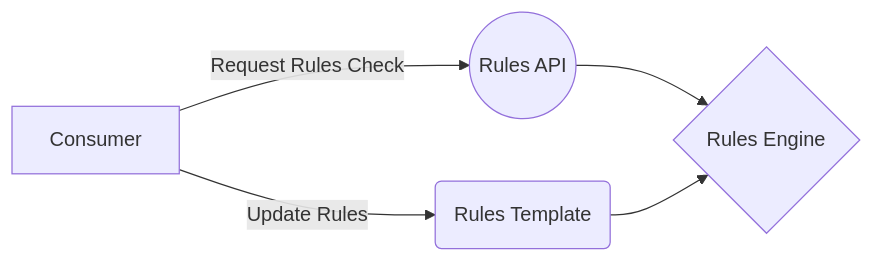
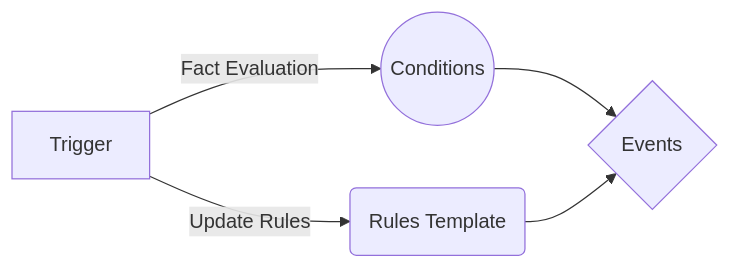
One commit to dasong666/sparklight changed the second of 2 diagrams in README.md. Above: the diagram before and after it, drawn with Mermaid. The commit also changed other lines of this file, not shown here.

````diff
--- a/README.md
+++ b/README.md
@@ -35,7 +98,7 @@
 ```mermaid
 graph LR
-A[Consumer] -- Request Rules Check --> B((Rules API))
+A[Trigger] -- Fact Evaluation --> B((Conditions))
 A -- Update Rules  --> C(Rules Template)
-B --> D{Rules Engine}
+B --> D{Events}
 C --> D
 ```
````
